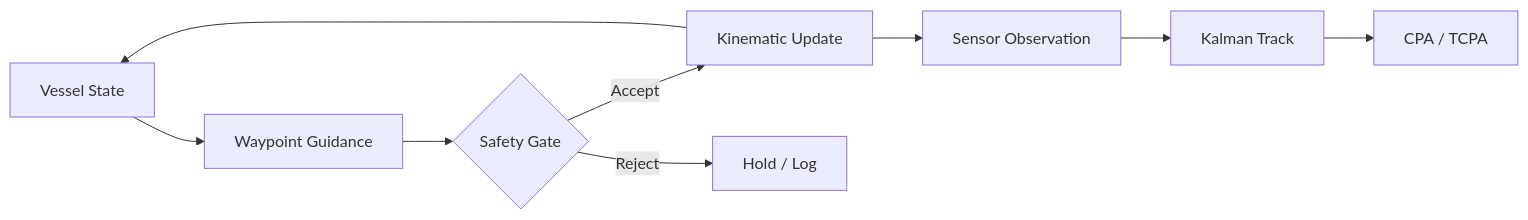
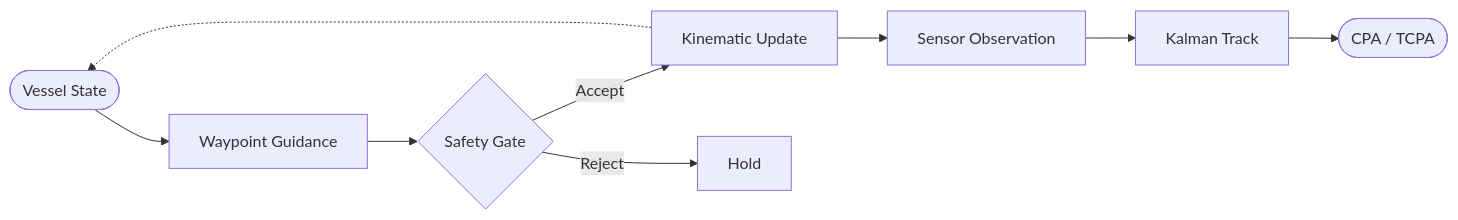
One commit to AHMADALIPARR/sea_hunter_research changed the first of 2 diagrams in README.md. Above: the diagram before and after it, drawn with Mermaid. The commit also changed other lines of this file, not shown here.

Commit message:
Improve README visual appeal with badges, centered header, refined tables and diagrams

````diff
--- a/README.md
+++ b/README.md
@@ -104,11 +96,11 @@
 ```mermaid
 flowchart LR
-    A[Vessel State] --> B[Waypoint Guidance]
+    A([Vessel State]) --> B[Waypoint Guidance]
     B --> C{Safety Gate}
     C -->|Accept| D[Kinematic Update]
-    C -->|Reject| E[Hold / Log]
+    C -->|Reject| E[Hold]
     D --> F[Sensor Observation]
     F --> G[Kalman Track]
-    G --> H[CPA / TCPA]
-    D --> A
+    G --> H([CPA / TCPA])
+    D -.-> A
 ```
````
